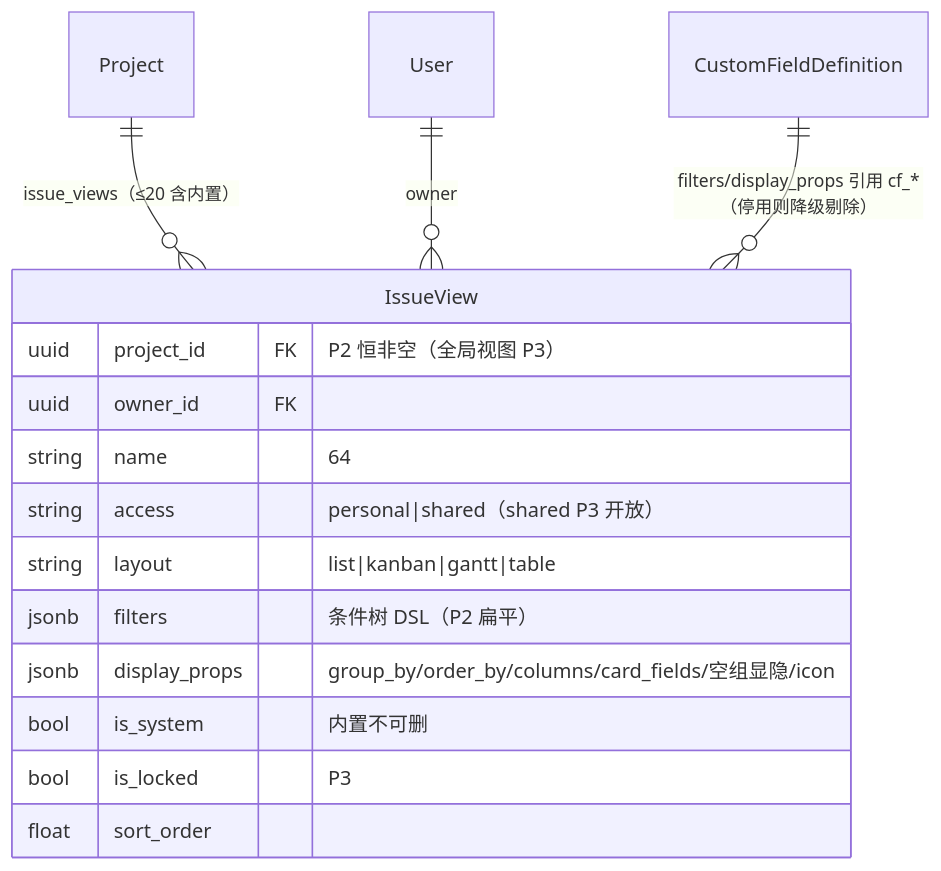
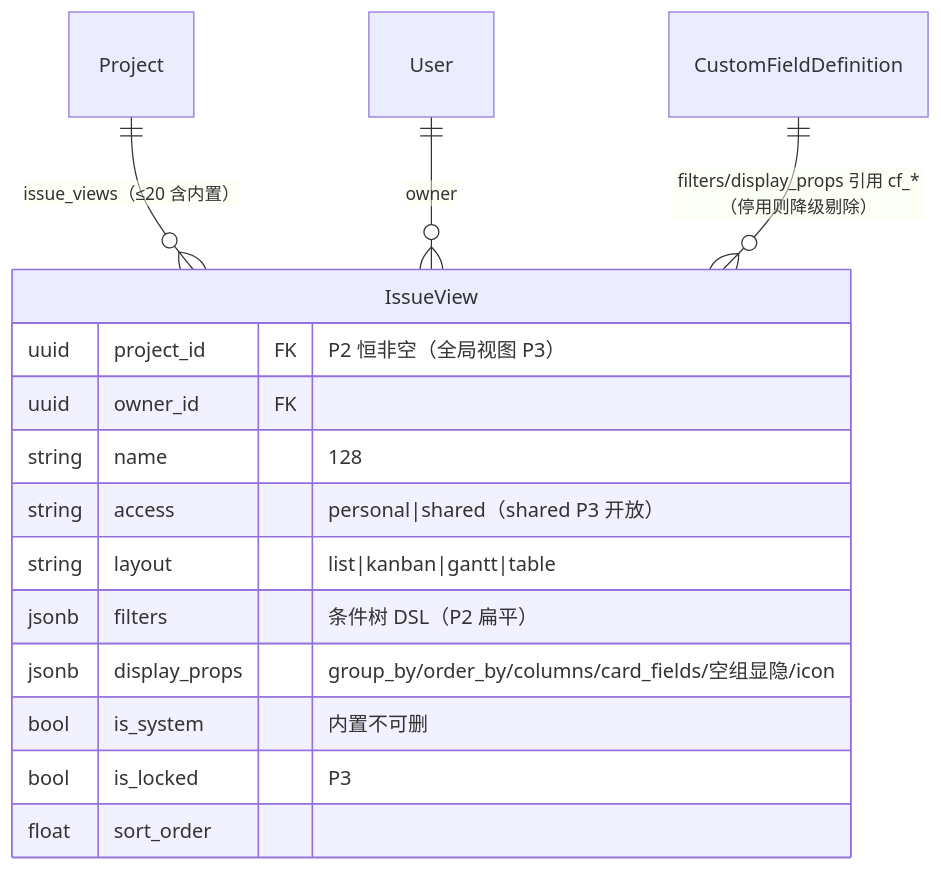
One commit to RabbitAI-Lab/RabbitProjects changed the third of 3 diagrams in docs/sprint-3-views-collab/BOARD-003-multi-kanban.md. Above: the diagram before and after it, drawn with Mermaid. The commit also changed other lines of this file, not shown here.

````diff
--- a/docs/sprint-3-views-collab/BOARD-003-multi-kanban.md
+++ b/docs/sprint-3-views-collab/BOARD-003-multi-kanban.md
@@ -438,18 +441,18 @@
 ```mermaid
 erDiagram
     Project ||--o{ IssueView : "issue_views（≤20 含内置）"
     User ||--o{ IssueView : "owner"
     CustomFieldDefinition ||--o{ IssueView : "filters/display_props 引用 cf_*（停用则降级剔除）"
     IssueView {
         uuid project_id FK "P2 恒非空（全局视图 P3）"
         uuid owner_id FK
-        string name "64"
+        string name "128"
         string access "personal|shared（shared P3 开放）"
         string layout "list|kanban|gantt|table"
         jsonb filters "条件树 DSL（P2 扁平）"
         jsonb display_props "group_by/order_by/columns/card_fields/空组显隐/icon"
         bool is_system "内置不可删"
         bool is_locked "P3"
         float sort_order
     }
 ```
````
